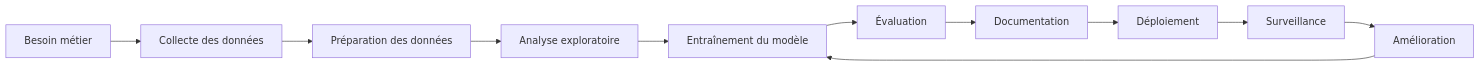
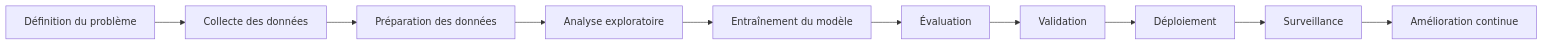
The first of 2 diagrams in 16-outils-gestion-projet-ia-documentation-tracabilite.md (hrhouma1/processus-et-ecosystemes-ia), drawn with Mermaid before and after one commit. The commit also changed other lines of this file, not shown here.

````diff
--- a/16-outils-gestion-projet-ia-documentation-tracabilite.md
+++ b/16-outils-gestion-projet-ia-documentation-tracabilite.md
@@ -256,13 +378,12 @@
 ```mermaid
 flowchart LR
-    A["Besoin métier"] --> B["Collecte des données"]
+    A["Définition du problème"] --> B["Collecte des données"]
     B --> C["Préparation des données"]
     C --> D["Analyse exploratoire"]
     D --> E["Entraînement du modèle"]
     E --> F["Évaluation"]
-    F --> G["Documentation"]
+    F --> G["Validation"]
     G --> H["Déploiement"]
     H --> I["Surveillance"]
-    I --> J["Amélioration"]
-    J --> E
+    I --> J["Amélioration continue"]
 ```
````
